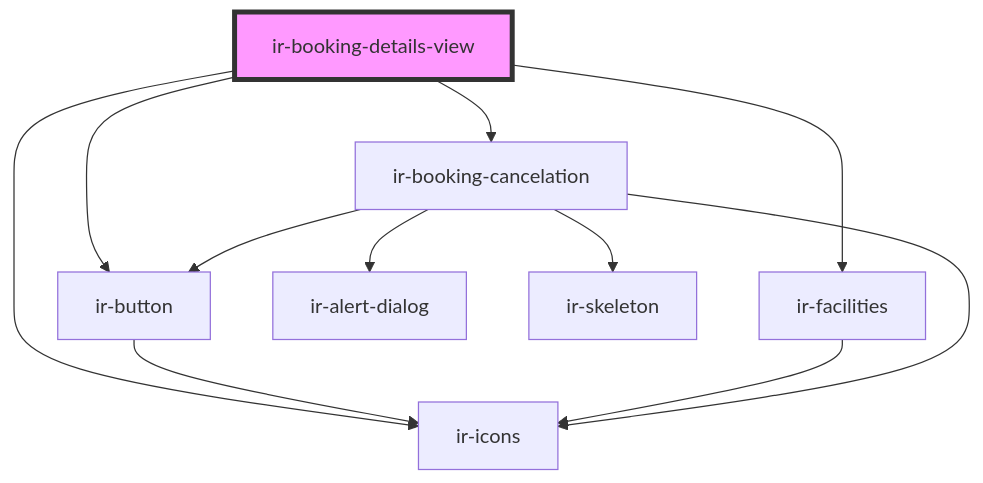
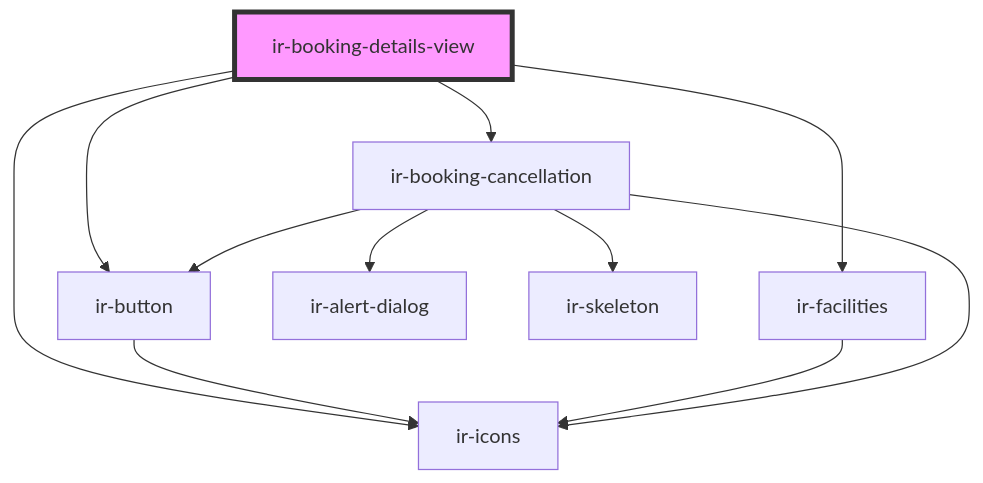
Before and after one commit to RonyRizk/ir-be: the diagram in src/components/ir-booking-engine/ir-booking-listing/ir-booking-details-view/readme.md, drawn with Mermaid. The commit also changed other lines of this file and 48 other files, not shown here.

````diff
--- a/src/components/ir-booking-engine/ir-booking-listing/ir-booking-details-view/readme.md
+++ b/src/components/ir-booking-engine/ir-booking-listing/ir-booking-details-view/readme.md
@@ -32,14 +32,14 @@
 ```mermaid
 graph TD;
   ir-booking-details-view --> ir-button
   ir-booking-details-view --> ir-icons
   ir-booking-details-view --> ir-facilities
-  ir-booking-details-view --> ir-booking-cancelation
+  ir-booking-details-view --> ir-booking-cancellation
   ir-button --> ir-icons
   ir-facilities --> ir-icons
-  ir-booking-cancelation --> ir-alert-dialog
-  ir-booking-cancelation --> ir-skeleton
-  ir-booking-cancelation --> ir-icons
-  ir-booking-cancelation --> ir-button
+  ir-booking-cancellation --> ir-alert-dialog
+  ir-booking-cancellation --> ir-skeleton
+  ir-booking-cancellation --> ir-icons
+  ir-booking-cancellation --> ir-button
   style ir-booking-details-view fill:#f9f,stroke:#333,stroke-width:4px
 ```
````
